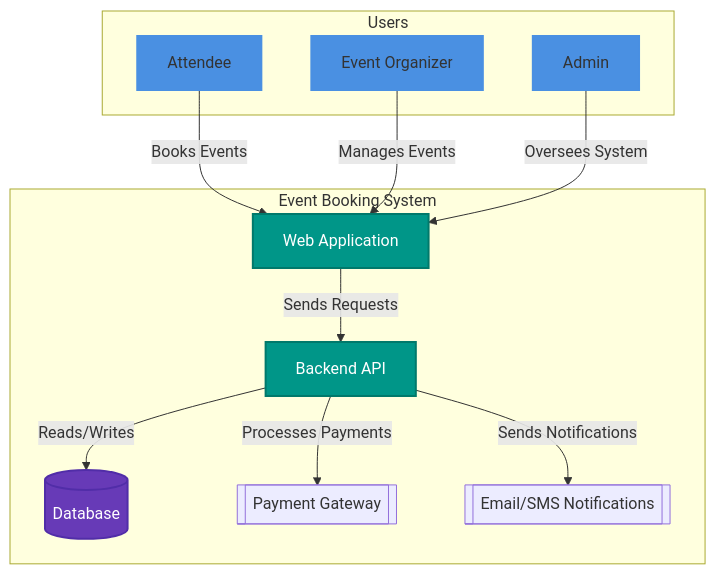
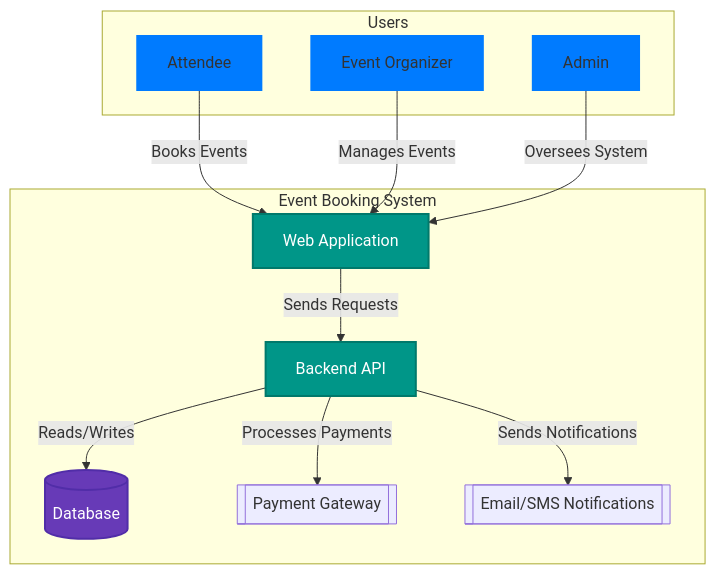
Before and after one commit to celeste-smith/event-booking-system: the first of 4 diagrams in ARCHITECTURE.md, drawn with Mermaid.

````diff
--- a/ARCHITECTURE.md
+++ b/ARCHITECTURE.md
@@ -33,37 +33,37 @@
 ```mermaid
 graph TD;
     %% Define styles
-    classDef userStyle fill:#4a90e2,stroke:#4a90e2,stroke-width:2px;
+    classDef userStyle fill:#007bff,stroke:#007bff,stroke-width:2px;
     classDef systemStyle fill:#009688,stroke:#00796B,stroke-width:2px,color:white;
     classDef serviceStyle fill:#607D8B,stroke:#455A64,stroke-width:2px,color:white;
     classDef dbStyle fill:#673AB7,stroke:#512DA8,stroke-width:2px,color:white;
     classDef externalStyle fill:#FF5722,stroke:#E64A19,stroke-width:2px,color:white;
     
     subgraph Users["Users"]
         Attendee["Attendee"]
         Organizer["Event Organizer"]
         Admin["Admin"]
     end
     
     subgraph EventBookingSystem["Event Booking System"]
         WebApp["Web Application"]
         API["Backend API"]
         DB[("Database")]
         PaymentGateway[["Payment Gateway"]]
         NotificationService[["Email/SMS Notifications"]]
     end
     
     %% Define relationships
     Attendee -- Books Events --> WebApp;
     Organizer -- Manages Events --> WebApp;
     Admin -- Oversees System --> WebApp;
     WebApp -- Sends Requests --> API;
     API -- Reads/Writes --> DB;
     API -- Processes Payments --> PaymentGateway;
     API -- Sends Notifications --> NotificationService;
 
     %% Apply styles
     class Attendee,Organizer,Admin userStyle;
     class WebApp,API systemStyle;
     class DB dbStyle;
 ```
````
